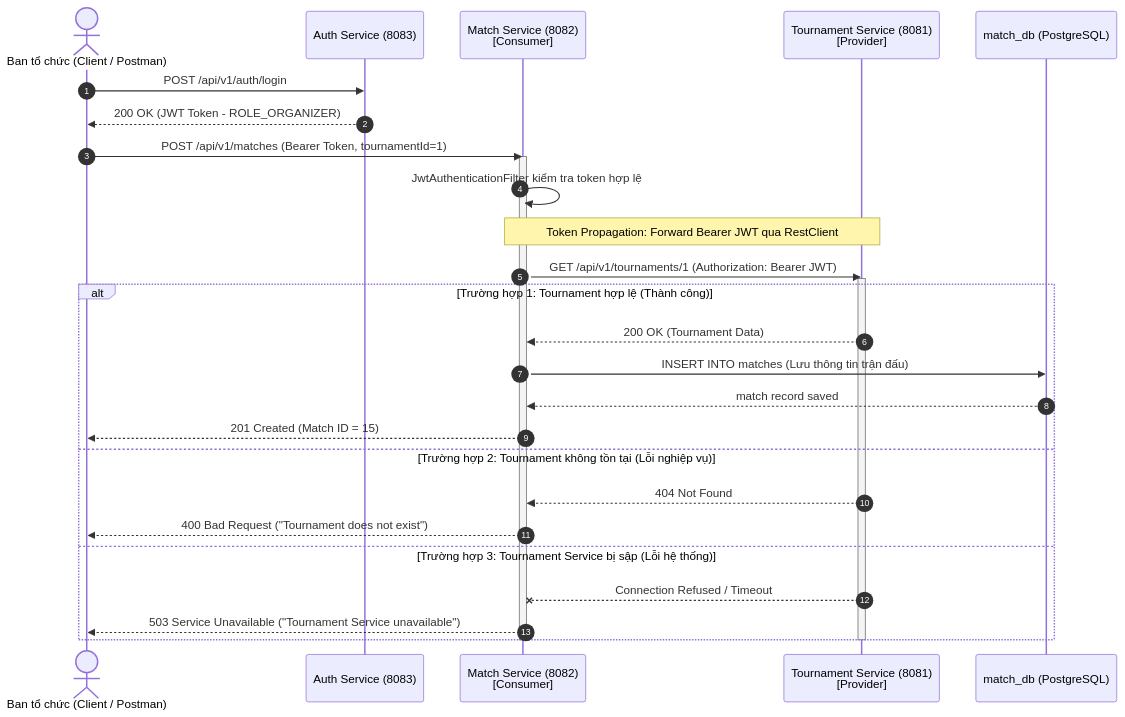
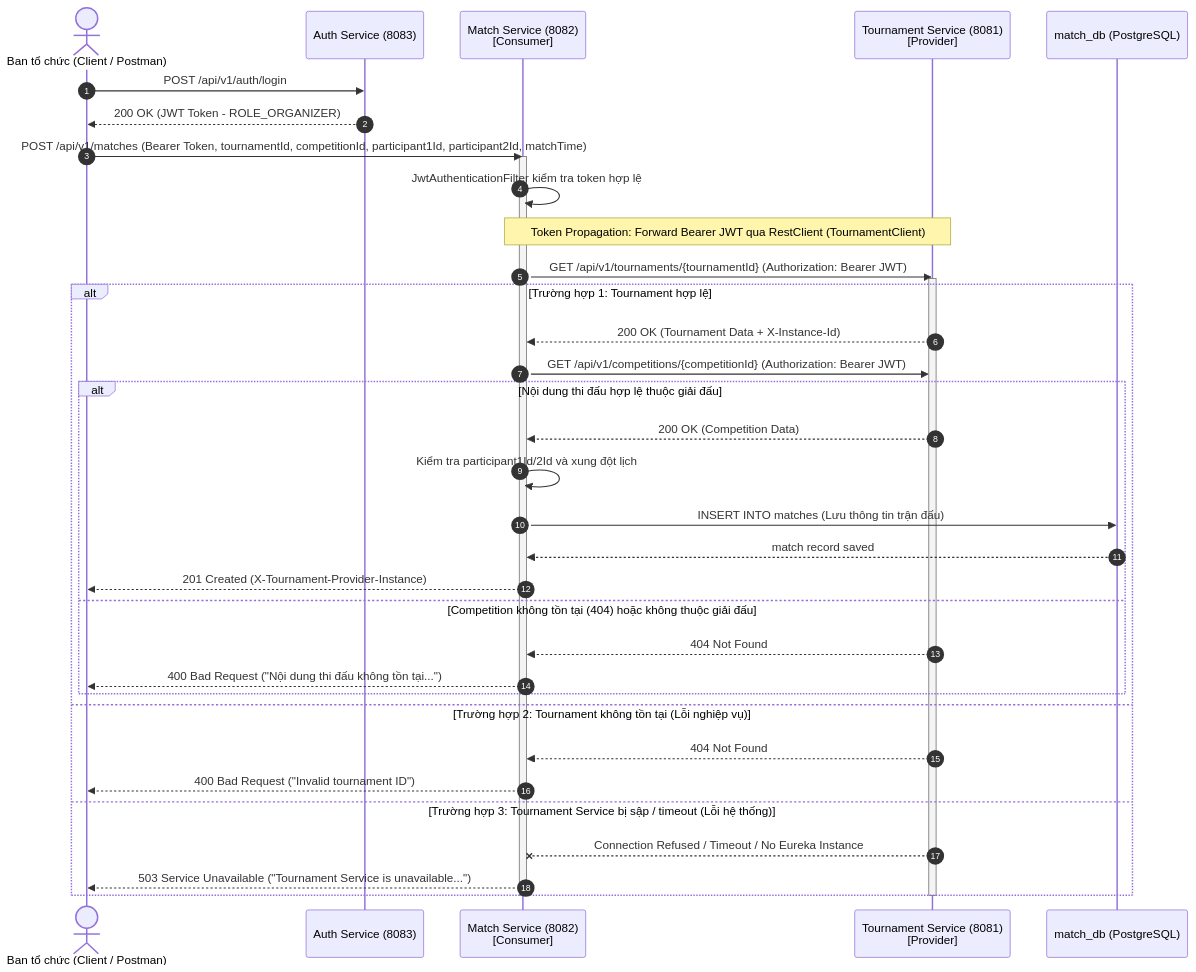
The first of 2 diagrams in integration/sequence-diagram/README.md (vunghia54/sports-management-system), drawn with Mermaid before and after one commit. The commit also changed other lines of this file and 4 other files, not shown here.

Commit message:
docs(th3-th5): align REST/data design, sequence diagram, and JWT TTL docs with implementation

````diff
--- a/integration/sequence-diagram/README.md
+++ b/integration/sequence-diagram/README.md
@@ -10,39 +10,47 @@
 ```mermaid
 sequenceDiagram
     autonumber
     actor Organizer as Ban tổ chức (Client / Postman)
     participant Auth as Auth Service (8083)
     participant Match as Match Service (8082)<br/>[Consumer]
     participant Tour as Tournament Service (8081)<br/>[Provider]
     participant DB as match_db (PostgreSQL)
 
     %% 1. Đăng nhập
     Organizer->>Auth: POST /api/v1/auth/login
     Auth-->>Organizer: 200 OK (JWT Token - ROLE_ORGANIZER)
 
     %% 2. Gọi tạo trận đấu
-    Organizer->>Match: POST /api/v1/matches (Bearer Token, tournamentId=1)
+    Organizer->>Match: POST /api/v1/matches (Bearer Token, tournamentId, competitionId, participant1Id, participant2Id, matchTime)
     
     activate Match
     Match->>Match: JwtAuthenticationFilter kiểm tra token hợp lệ
     
     %% 3. Tích hợp REST với Provider
-    Note over Match,Tour: Token Propagation: Forward Bearer JWT qua RestClient
-    Match->>Tour: GET /api/v1/tournaments/1 (Authorization: Bearer JWT)
+    Note over Match,Tour: Token Propagation: Forward Bearer JWT qua RestClient (TournamentClient)
+    Match->>Tour: GET /api/v1/tournaments/{tournamentId} (Authorization: Bearer JWT)
     activate Tour
     
-    alt Trường hợp 1: Tournament hợp lệ (Thành công)
-        Tour-->>Match: 200 OK (Tournament Data)
-        Match->>DB: INSERT INTO matches (Lưu thông tin trận đấu)
-        DB-->>Match: match record saved
-        Match-->>Organizer: 201 Created (Match ID = 15)
+    alt Trường hợp 1: Tournament hợp lệ
+        Tour-->>Match: 200 OK (Tournament Data + X-Instance-Id)
+        Match->>Tour: GET /api/v1/competitions/{competitionId} (Authorization: Bearer JWT)
+        alt Nội dung thi đấu hợp lệ thuộc giải đấu
+            Tour-->>Match: 200 OK (Competition Data)
+            Match->>Match: Kiểm tra participant1Id/2Id và xung đột lịch
+            Match->>DB: INSERT INTO matches (Lưu thông tin trận đấu)
+            DB-->>Match: match record saved
+            Match-->>Organizer: 201 Created (X-Tournament-Provider-Instance)
+        else Competition không tồn tại (404) hoặc không thuộc giải đấu
+            Tour-->>Match: 404 Not Found
+            Match-->>Organizer: 400 Bad Request ("Nội dung thi đấu không tồn tại...")
+        end
     else Trường hợp 2: Tournament không tồn tại (Lỗi nghiệp vụ)
         Tour-->>Match: 404 Not Found
-        Match-->>Organizer: 400 Bad Request ("Tournament does not exist")
-    else Trường hợp 3: Tournament Service bị sập (Lỗi hệ thống)
-        Tour--xMatch: Connection Refused / Timeout
-        Match-->>Organizer: 503 Service Unavailable ("Tournament Service unavailable")
+        Match-->>Organizer: 400 Bad Request ("Invalid tournament ID")
+    else Trường hợp 3: Tournament Service bị sập / timeout (Lỗi hệ thống)
+        Tour--xMatch: Connection Refused / Timeout / No Eureka Instance
+        Match-->>Organizer: 503 Service Unavailable ("Tournament Service is unavailable...")
     end
     deactivate Tour
     deactivate Match
 ```
````
